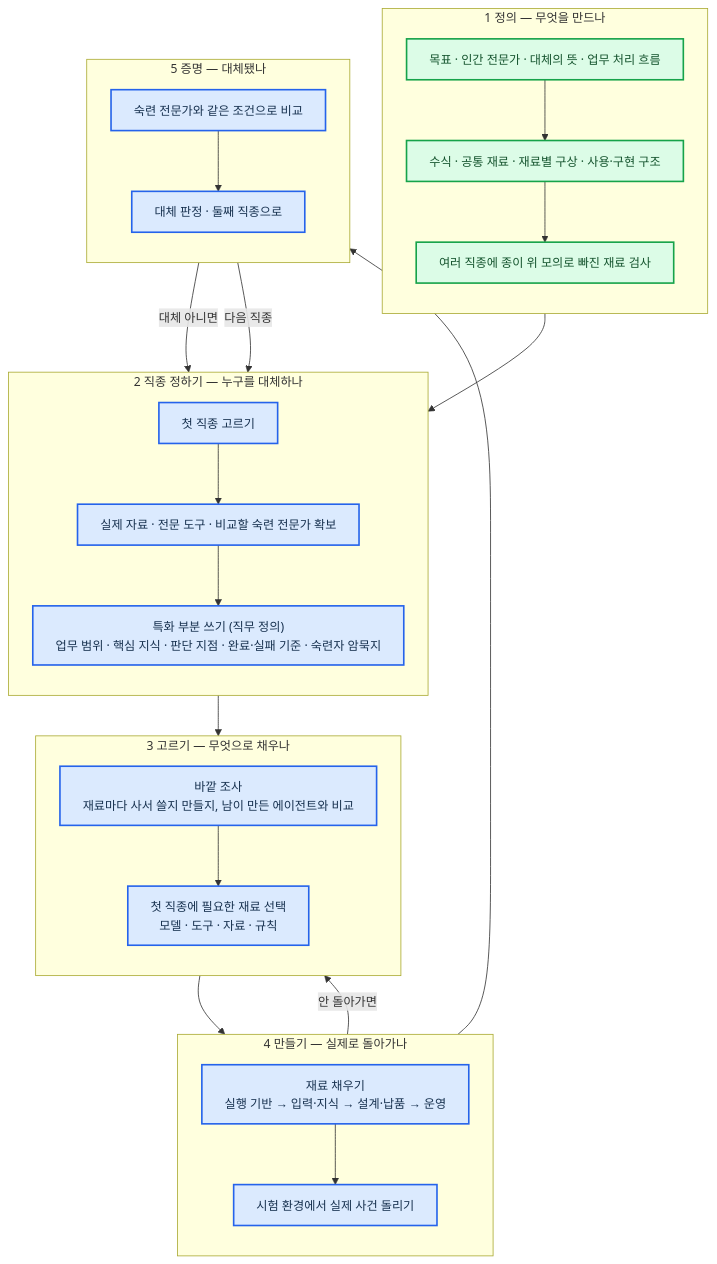
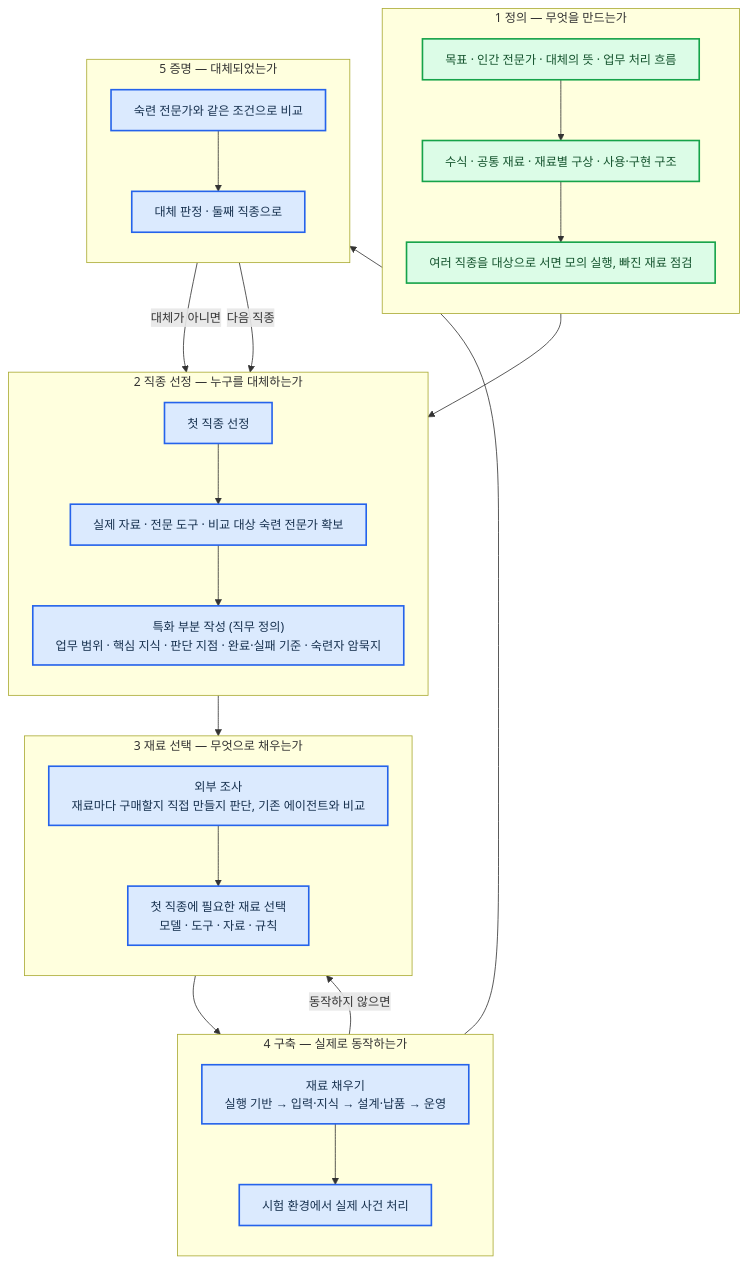
Before and after one commit to harisbaguette/expert: the diagram in 진행-계획.md, drawn with Mermaid. The commit also changed other lines of this file, not shown here.

````diff
--- a/진행-계획.md
+++ b/진행-계획.md
@@ -87,45 +87,45 @@
 ```mermaid
 %%{init: {"flowchart": {"wrappingWidth": 640, "curve": "basis", "nodeSpacing": 40, "rankSpacing": 50, "padding": 14, "useMaxWidth": true}, "themeVariables": {"fontSize": "15px"}} }%%
 flowchart TB
-    subgraph S1["1 정의 — 무엇을 만드나"]
+    subgraph S1["1 정의 — 무엇을 만드는가"]
         direction TB
         A1["목표 · 인간 전문가 · 대체의 뜻 · 업무 처리 흐름"]:::done
         A2["수식 · 공통 재료 · 재료별 구상 · 사용·구현 구조"]:::done
-        A3["여러 직종에 종이 위 모의로 빠진 재료 검사"]:::done
+        A3["여러 직종을 대상으로 서면 모의 실행, 빠진 재료 점검"]:::done
         A1 --> A2 --> A3
     end
-    subgraph S2["2 직종 정하기 — 누구를 대체하나"]
+    subgraph S2["2 직종 선정 — 누구를 대체하는가"]
         direction TB
-        B1["첫 직종 고르기"]:::todo
-        B2["실제 자료 · 전문 도구 · 비교할 숙련 전문가 확보"]:::todo
-        B3["특화 부분 쓰기 (직무 정의)<br/>업무 범위 · 핵심 지식 · 판단 지점 · 완료·실패 기준 · 숙련자 암묵지"]:::todo
+        B1["첫 직종 선정"]:::todo
+        B2["실제 자료 · 전문 도구 · 비교 대상 숙련 전문가 확보"]:::todo
+        B3["특화 부분 작성 (직무 정의)<br/>업무 범위 · 핵심 지식 · 판단 지점 · 완료·실패 기준 · 숙련자 암묵지"]:::todo
         B1 --> B2 --> B3
     end
-    subgraph S3["3 고르기 — 무엇으로 채우나"]
+    subgraph S3["3 재료 선택 — 무엇으로 채우는가"]
         direction TB
-        C1["바깥 조사<br/>재료마다 사서 쓸지 만들지, 남이 만든 에이전트와 비교"]:::todo
+        C1["외부 조사<br/>재료마다 구매할지 직접 만들지 판단, 기존 에이전트와 비교"]:::todo
         C2["첫 직종에 필요한 재료 선택<br/>모델 · 도구 · 자료 · 규칙"]:::todo
         C1 --> C2
     end
-    subgraph S4["4 만들기 — 실제로 돌아가나"]
+    subgraph S4["4 구축 — 실제로 동작하는가"]
         direction TB
         D1["재료 채우기<br/>실행 기반 → 입력·지식 → 설계·납품 → 운영"]:::todo
-        D2["시험 환경에서 실제 사건 돌리기"]:::todo
+        D2["시험 환경에서 실제 사건 처리"]:::todo
         D1 --> D2
     end
-    subgraph S5["5 증명 — 대체됐나"]
+    subgraph S5["5 증명 — 대체되었는가"]
         direction TB
         E1["숙련 전문가와 같은 조건으로 비교"]:::todo
         E2["대체 판정 · 둘째 직종으로"]:::todo
         E1 --> E2
     end
     A3 --> B1
     B3 --> C1
     C2 --> D1
     D2 --> E1
-    D2 -- "안 돌아가면" --> C2
-    E2 -- "대체 아니면" --> B3
+    D2 -- "동작하지 않으면" --> C2
+    E2 -- "대체가 아니면" --> B3
     E2 -- "다음 직종" --> B1
     classDef done fill:#dcfce7,stroke:#16a34a,stroke-width:2px,color:#14532d
     classDef todo fill:#dbeafe,stroke:#2563eb,stroke-width:2px,color:#17314f
 ```
````
